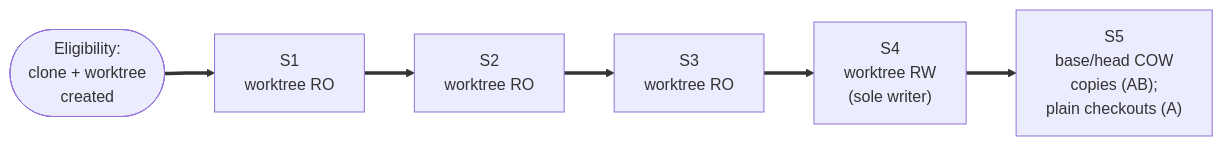
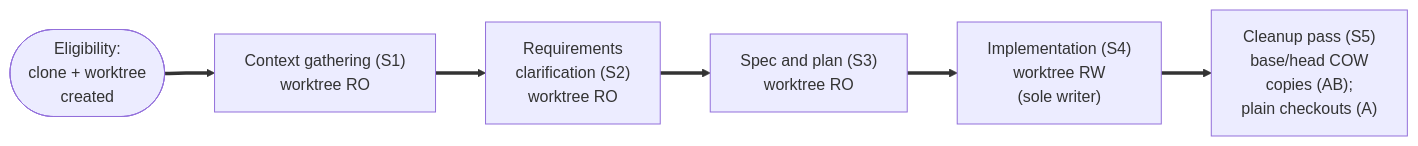
The second of 3 diagrams in docs/design/hld/L2-execution-boundary.md (abhishekthakur7/software-factory), drawn with Mermaid before and after one commit. The commit also changed other lines of this file and 9 other files, not shown here.

Commit message:
Name every code on the HLD pictures; add the short-name legend and fix the broken sequence diagram

````diff
--- a/docs/design/hld/L2-execution-boundary.md
+++ b/docs/design/hld/L2-execution-boundary.md
@@ -113,11 +115,11 @@
 ```mermaid
 flowchart LR
   ELIG(["Eligibility:<br/>clone + worktree<br/>created"])
-  S1["S1<br/>worktree RO"]
-  S2["S2<br/>worktree RO"]
-  S3["S3<br/>worktree RO"]
-  S4["S4<br/>worktree RW<br/>(sole writer)"]
-  S5["S5<br/>base/head COW<br/>copies (AB);<br/>plain checkouts (A)"]
+  S1["Context gathering (S1)<br/>worktree RO"]
+  S2["Requirements<br/>clarification (S2)<br/>worktree RO"]
+  S3["Spec and plan (S3)<br/>worktree RO"]
+  S4["Implementation (S4)<br/>worktree RW<br/>(sole writer)"]
+  S5["Cleanup pass (S5)<br/>base/head COW<br/>copies (AB);<br/>plain checkouts (A)"]
 
   ELIG ==> S1 ==> S2 ==> S3 ==> S4 ==> S5
 ```
````
